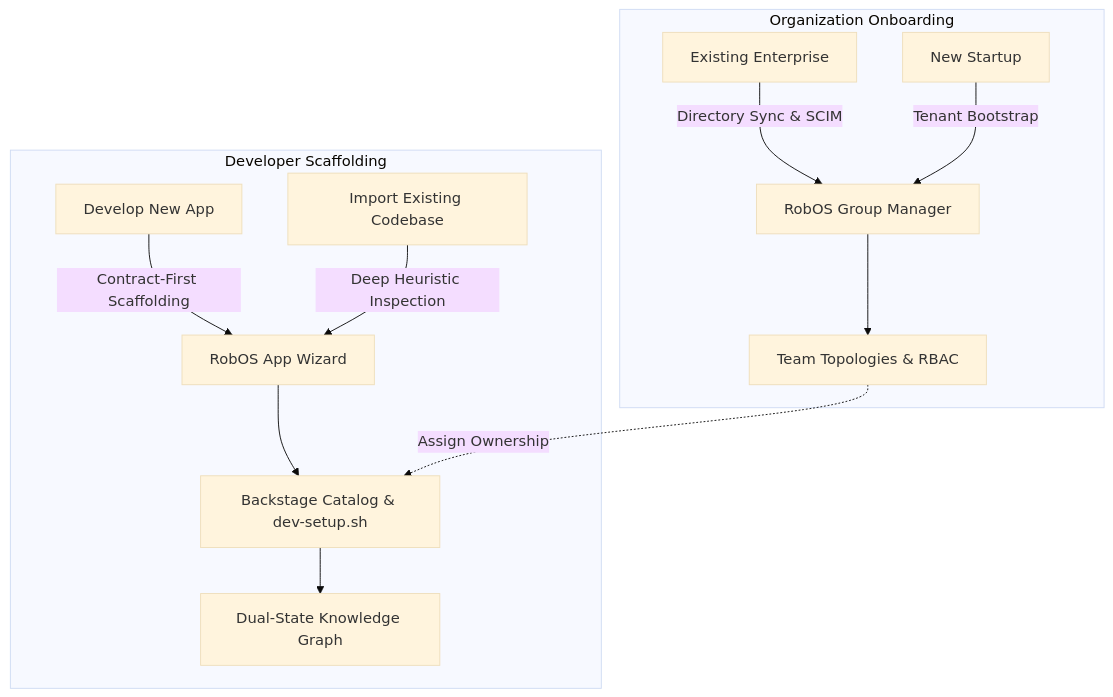
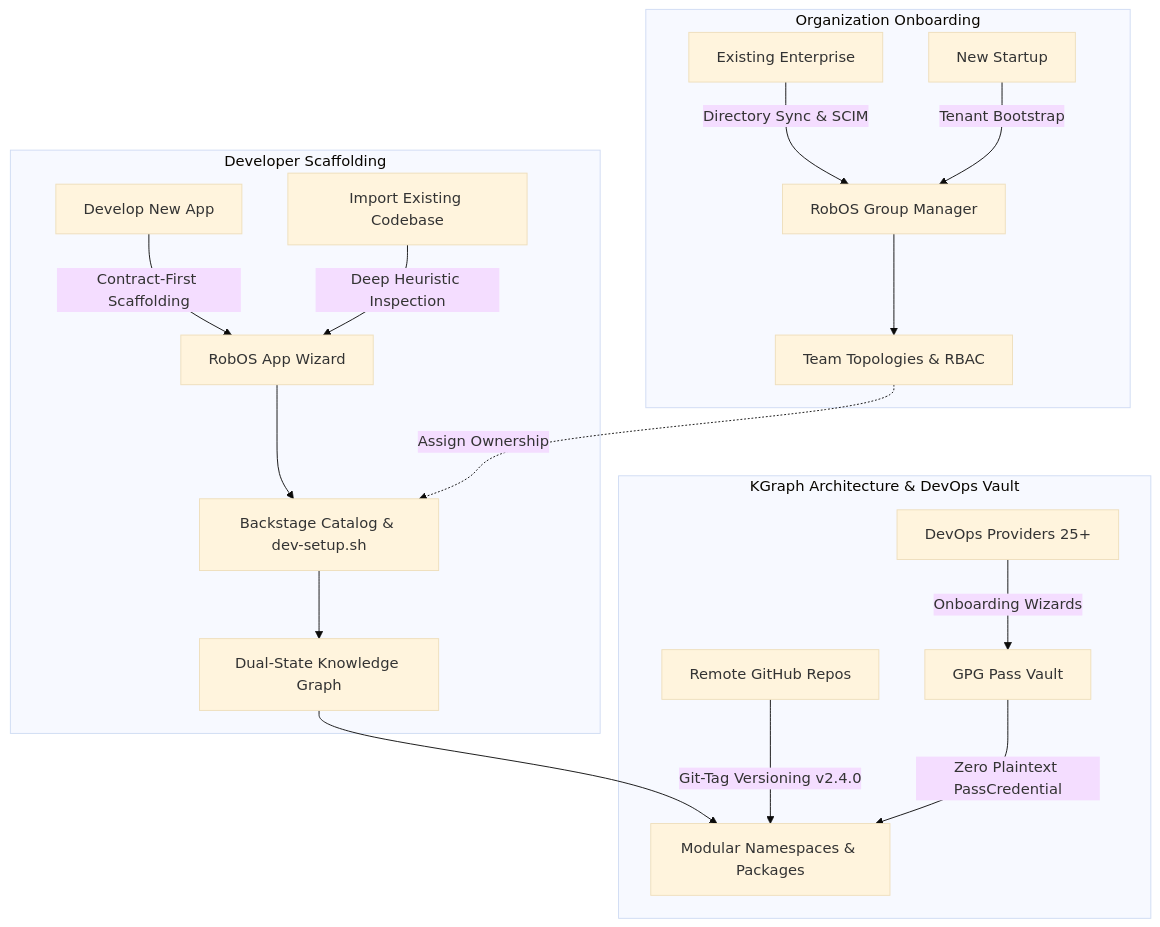
The third of 3 diagrams in docs/walkthroughs.md (nddipiazza/robos), drawn with Mermaid (base theme) before and after one commit. The commit also changed other lines of this file and 98 other files, not shown here.

Commit message:
feat: multi-package kgraph, devops wizards, company import skill, docs overhaul, and ai flowcharts

````diff
--- a/docs/walkthroughs.md
+++ b/docs/walkthroughs.md
@@ -666,15 +666,21 @@
 ```mermaid
 flowchart TD
     subgraph Organization Onboarding
         A[Existing Enterprise] -->|Directory Sync & SCIM| B[RobOS Group Manager]
         C[New Startup] -->|Tenant Bootstrap| B
         B --> D[Team Topologies & RBAC]
     end
     subgraph Developer Scaffolding
         E[Develop New App] -->|Contract-First Scaffolding| F[RobOS App Wizard]
         G[Import Existing Codebase] -->|Deep Heuristic Inspection| F
         F --> H[Backstage Catalog & dev-setup.sh]
         H --> I[Dual-State Knowledge Graph]
     end
+    subgraph KGraph Architecture & DevOps Vault
+        I --> J[Modular Namespaces & Packages]
+        K[Remote GitHub Repos] -->|Git-Tag Versioning v2.4.0| J
+        L[DevOps Providers 25+] -->|Onboarding Wizards| M[GPG Pass Vault]
+        M -->|Zero Plaintext PassCredential| J
+    end
     D -.->|Assign Ownership| H
 ```
````
